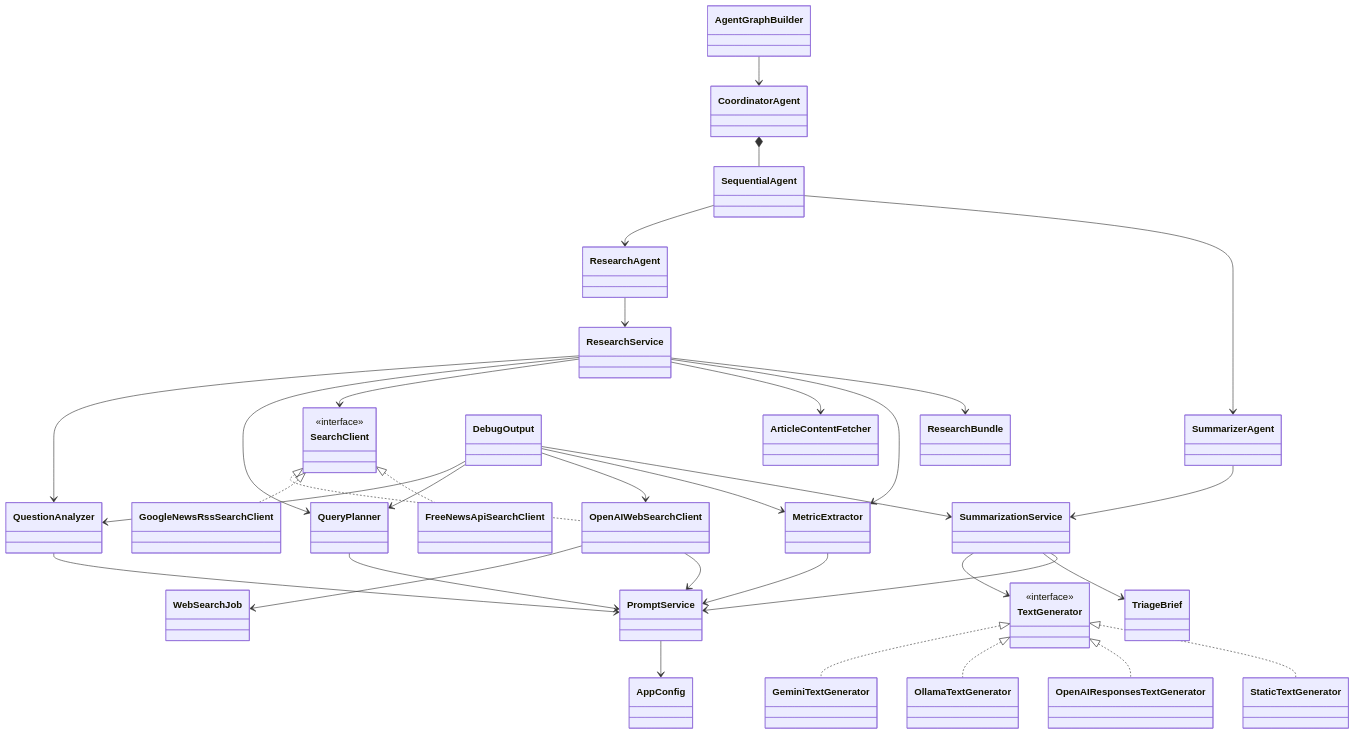
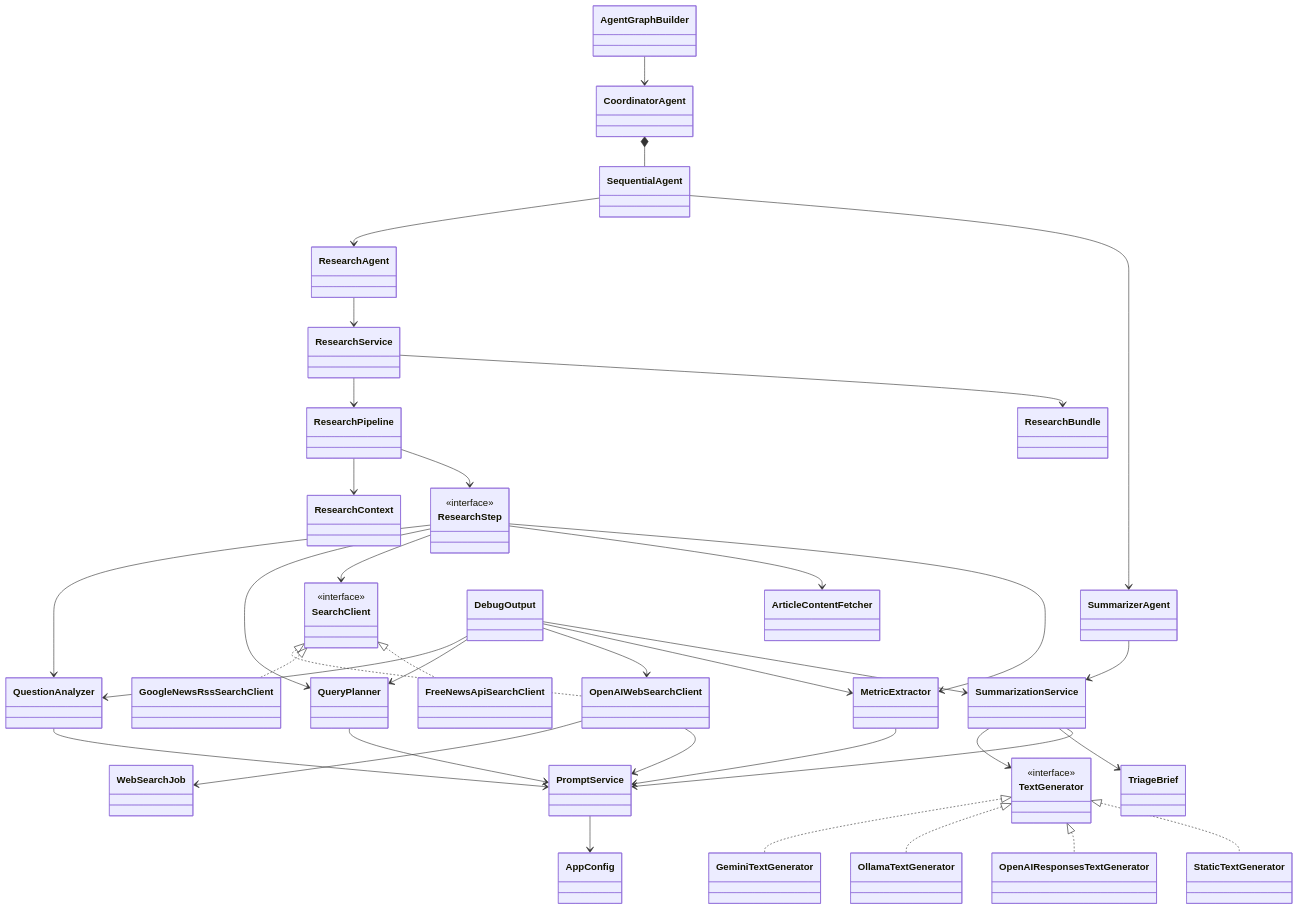
The third of 5 diagrams in docs/ARCHITECTURE.md (mouak-ayoub/news_agent), drawn with Mermaid before and after one commit. The commit also changed other lines of this file and 16 other files, not shown here.

First line of the commit message:
Step 4: Refactor research flow into explicit pipeline

````diff
--- a/docs/ARCHITECTURE.md
+++ b/docs/ARCHITECTURE.md
@@ -104,70 +108,78 @@
 ```mermaid
 classDiagram
     class AppConfig
     class AgentGraphBuilder
     class CoordinatorAgent
     class SequentialAgent
     class ResearchAgent
     class ResearchService
+    class ResearchPipeline
+    class ResearchContext
+    class ResearchStep {
+      <<interface>>
+    }
     class QuestionAnalyzer
     class QueryPlanner
     class SearchClient {
       <<interface>>
     }
     class OpenAIWebSearchClient
     class WebSearchJob
     class GoogleNewsRssSearchClient
     class FreeNewsApiSearchClient
     class ArticleContentFetcher
     class MetricExtractor
     class SummarizerAgent
     class SummarizationService
     class TextGenerator {
       <<interface>>
     }
     class GeminiTextGenerator
     class OllamaTextGenerator
     class OpenAIResponsesTextGenerator
     class StaticTextGenerator
     class PromptService
     class DebugOutput
     class ResearchBundle
     class TriageBrief
 
     AgentGraphBuilder --> CoordinatorAgent
     CoordinatorAgent *-- SequentialAgent
     SequentialAgent --> ResearchAgent
     SequentialAgent --> SummarizerAgent
 
     ResearchAgent --> ResearchService
-    ResearchService --> QuestionAnalyzer
-    ResearchService --> QueryPlanner
-    ResearchService --> SearchClient
-    ResearchService --> ArticleContentFetcher
-    ResearchService --> MetricExtractor
+    ResearchService --> ResearchPipeline
+    ResearchPipeline --> ResearchContext
+    ResearchPipeline --> ResearchStep
+    ResearchStep --> QuestionAnalyzer
+    ResearchStep --> QueryPlanner
+    ResearchStep --> SearchClient
+    ResearchStep --> ArticleContentFetcher
+    ResearchStep --> MetricExtractor
     SearchClient <|.. OpenAIWebSearchClient
     OpenAIWebSearchClient --> WebSearchJob
     SearchClient <|.. GoogleNewsRssSearchClient
     SearchClient <|.. FreeNewsApiSearchClient
     ResearchService --> ResearchBundle
 
     SummarizerAgent --> SummarizationService
     SummarizationService --> TextGenerator
     TextGenerator <|.. GeminiTextGenerator
     TextGenerator <|.. OllamaTextGenerator
     TextGenerator <|.. OpenAIResponsesTextGenerator
     TextGenerator <|.. StaticTextGenerator
     SummarizationService --> TriageBrief
 
     QuestionAnalyzer --> PromptService
     QueryPlanner --> PromptService
     OpenAIWebSearchClient --> PromptService
     MetricExtractor --> PromptService
     SummarizationService --> PromptService
     PromptService --> AppConfig
     DebugOutput --> QuestionAnalyzer
     DebugOutput --> QueryPlanner
     DebugOutput --> OpenAIWebSearchClient
     DebugOutput --> MetricExtractor
     DebugOutput --> SummarizationService
 ```
````
